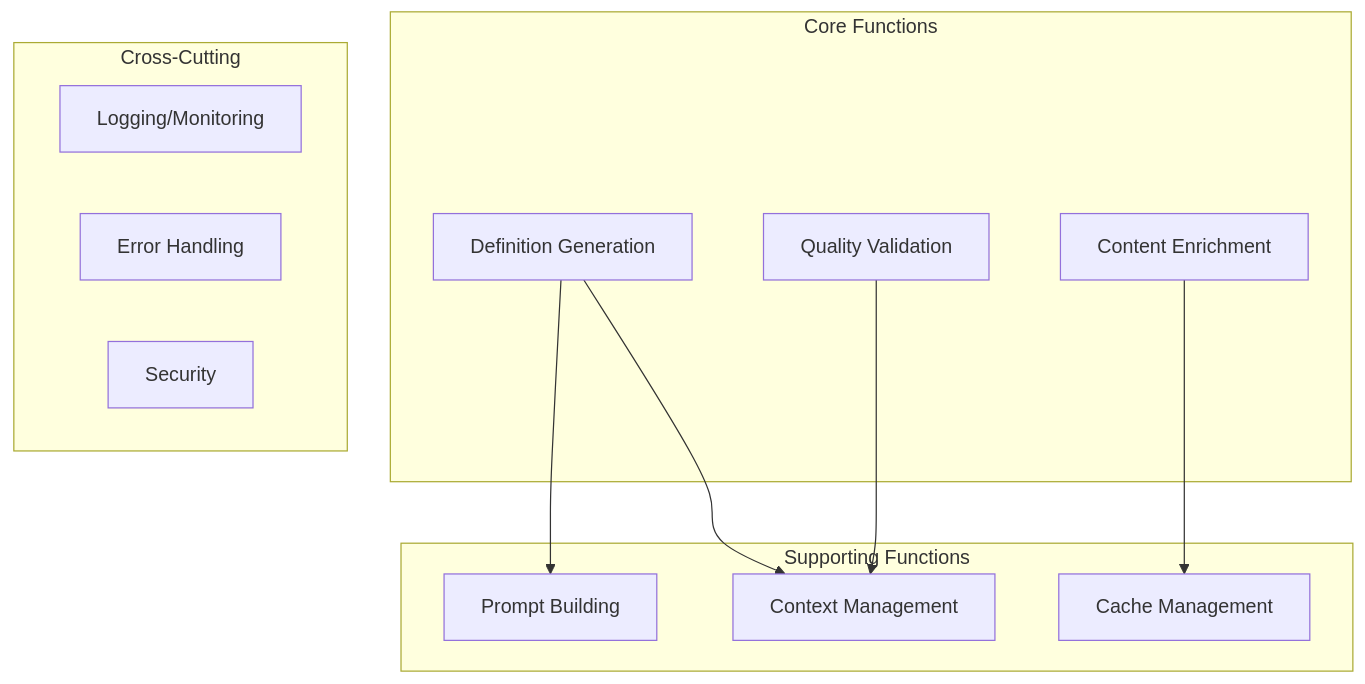
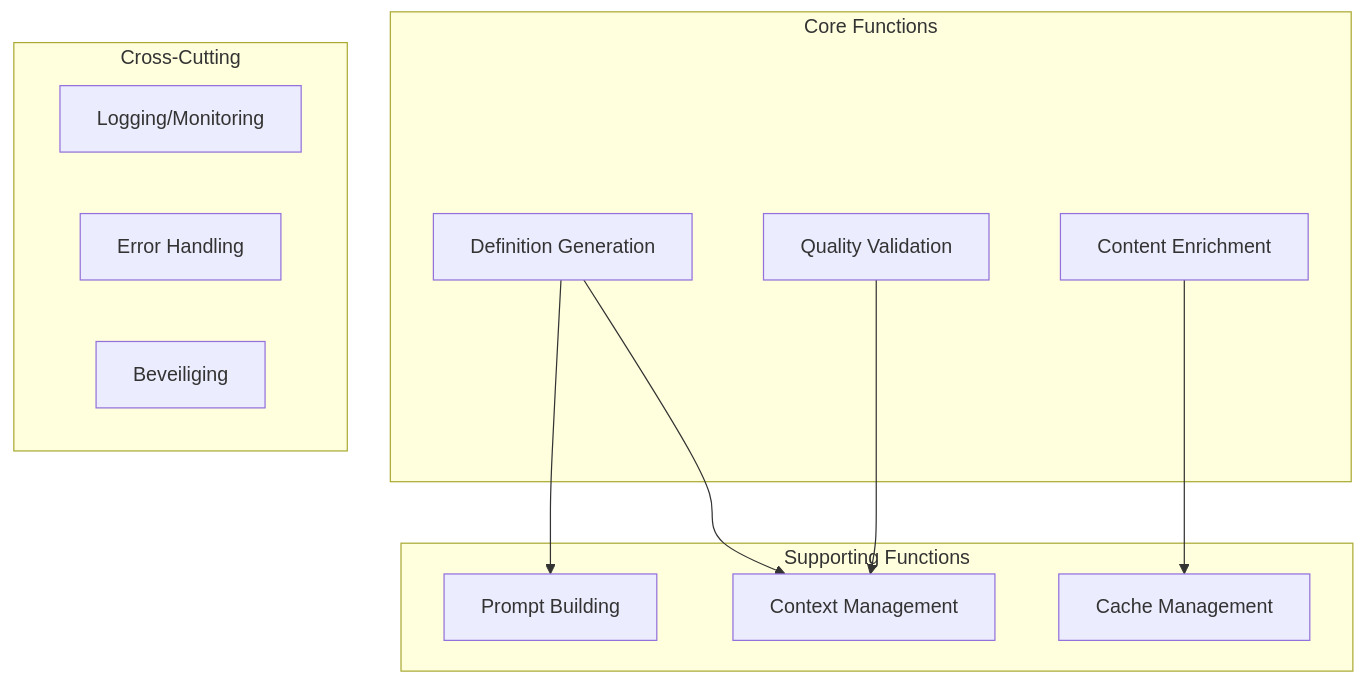
Before and after one commit to Chris-Lehnen-ICT-CONSULTING/Definitie-app-zakelijk: the second of 12 diagrams in docs/architectuur/templates/SOLUTION_ARCHITECTURE_TEMPLATE.md, drawn with Mermaid. The commit also changed other lines of this file and 707 other files, not shown here.

````diff
--- a/docs/architectuur/templates/SOLUTION_ARCHITECTURE_TEMPLATE.md
+++ b/docs/architectuur/templates/SOLUTION_ARCHITECTURE_TEMPLATE.md
@@ -149,25 +154,25 @@
 ```mermaid
 graph TD
     subgraph "Core Functions"
         F1[Definition Generation]
         F2[Quality Validation]
         F3[Content Enrichment]
     end
 
     subgraph "Supporting Functions"
         F4[Context Management]
         F5[Prompt Building]
         F6[Cache Management]
     end
 
     subgraph "Cross-Cutting"
         F7[Logging/Monitoring]
         F8[Error Handling]
-        F9[Security]
+        F9[Beveiliging]
     end
 
     F1 --> F5
     F1 --> F4
     F2 --> F4
     F3 --> F6
 ```
````
